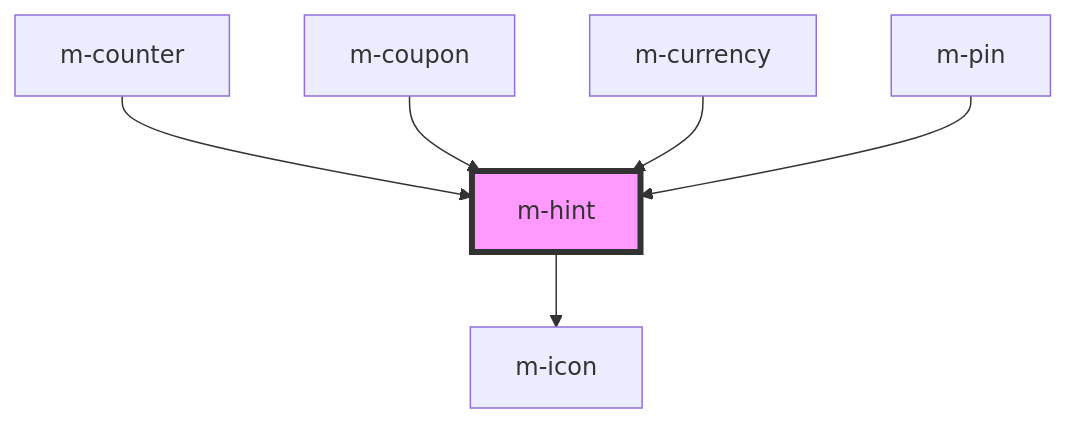
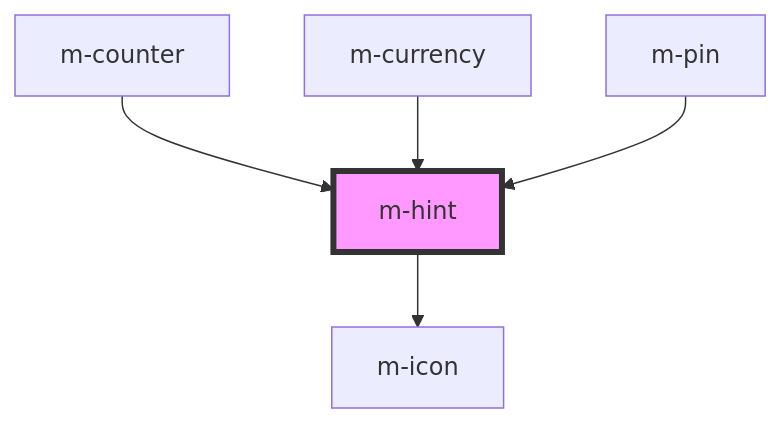
The diagram in libraries/modyo-design-system/src/components/m-hint/readme.md (dynamic-framework/dynamic-ui), drawn with Mermaid before and after one commit. The commit also changed other lines of this file and 43 other files, not shown here.

````diff
--- a/libraries/modyo-design-system/src/components/m-hint/readme.md
+++ b/libraries/modyo-design-system/src/components/m-hint/readme.md
@@ -37,9 +36,8 @@
 ```mermaid
 graph TD;
   m-hint --> m-icon
   m-counter --> m-hint
-  m-coupon --> m-hint
   m-currency --> m-hint
   m-pin --> m-hint
   style m-hint fill:#f9f,stroke:#333,stroke-width:4px
 ```
````
